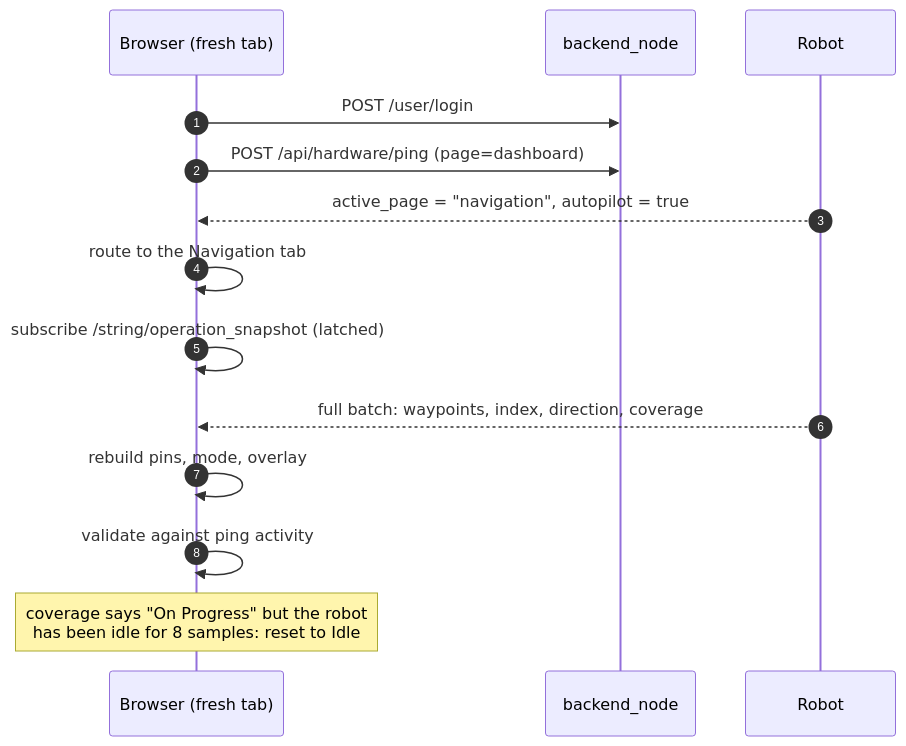
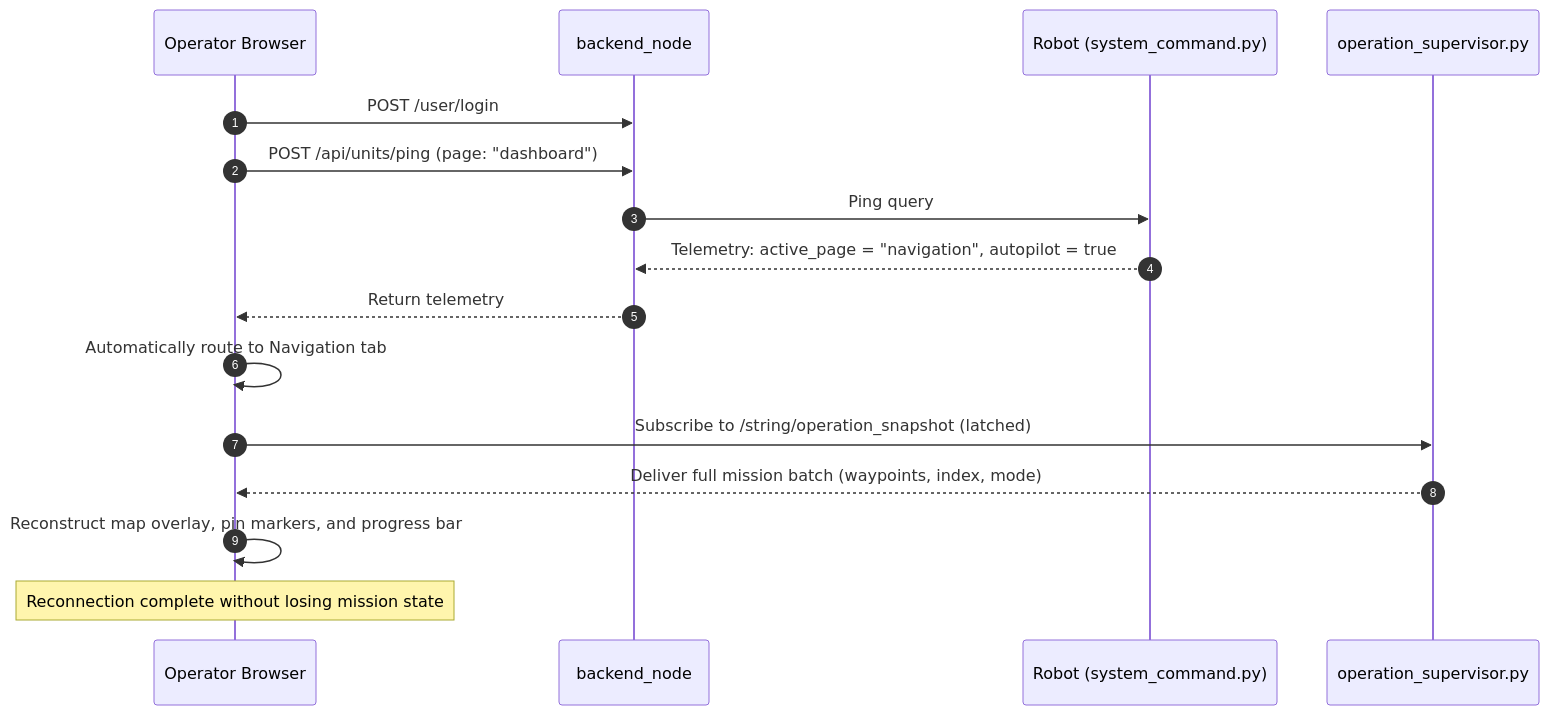
One commit to itbdelaboprogramming/msd700_documentation changed the fourth of 4 diagrams in docs/development/state-and-behavior.md. Above: the diagram before and after it, drawn with Mermaid. The commit also changed other lines of this file and 16 other files, not shown here.

Commit message:
docs: overhaul documentation structure and clarify fleet addressing and command schemas

````diff
--- a/docs/development/state-and-behavior.md
+++ b/docs/development/state-and-behavior.md
@@ -529,17 +144,19 @@
 ```mermaid
 sequenceDiagram
   autonumber
-  participant B as Browser (fresh tab)
-  participant BE as backend_node
-  participant R as Robot
+  participant Browser as Operator Browser
+  participant Backend as backend_node
+  participant Robot as Robot (system_command.py)
+  participant Supervisor as operation_supervisor.py
 
-  B->>BE: POST /user/login
-  B->>BE: POST /api/hardware/ping (page=dashboard)
-  R-->>B: active_page = "navigation", autopilot = true
-  B->>B: route to the Navigation tab
-  B->>B: subscribe /string/operation_snapshot (latched)
-  R-->>B: full batch: waypoints, index, direction, coverage
-  B->>B: rebuild pins, mode, overlay
-  B->>B: validate against ping activity
-  Note over B: coverage says "On Progress" but the robot<br/>has been idle for 8 samples: reset to Idle
+  Browser->>Backend: POST /user/login
+  Browser->>Backend: POST /api/units/ping (page: "dashboard")
+  Backend->>Robot: Ping query
+  Robot-->>Backend: Telemetry: active_page = "navigation", autopilot = true
+  Backend-->>Browser: Return telemetry
+  Browser->>Browser: Automatically route to Navigation tab
+  Browser->>Supervisor: Subscribe to /string/operation_snapshot (latched)
+  Supervisor-->>Browser: Deliver full mission batch (waypoints, index, mode)
+  Browser->>Browser: Reconstruct map overlay, pin markers, and progress bar
+  Note over Browser: Reconnection complete without losing mission state
 ```
````
